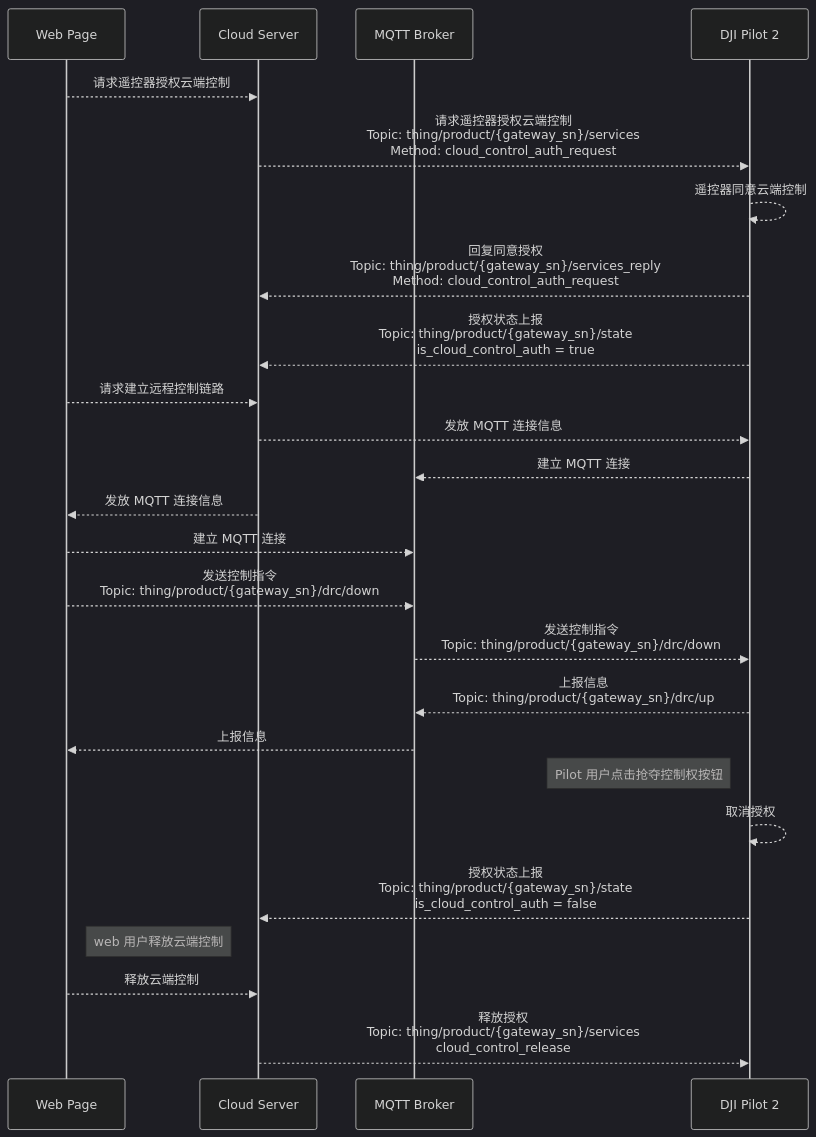
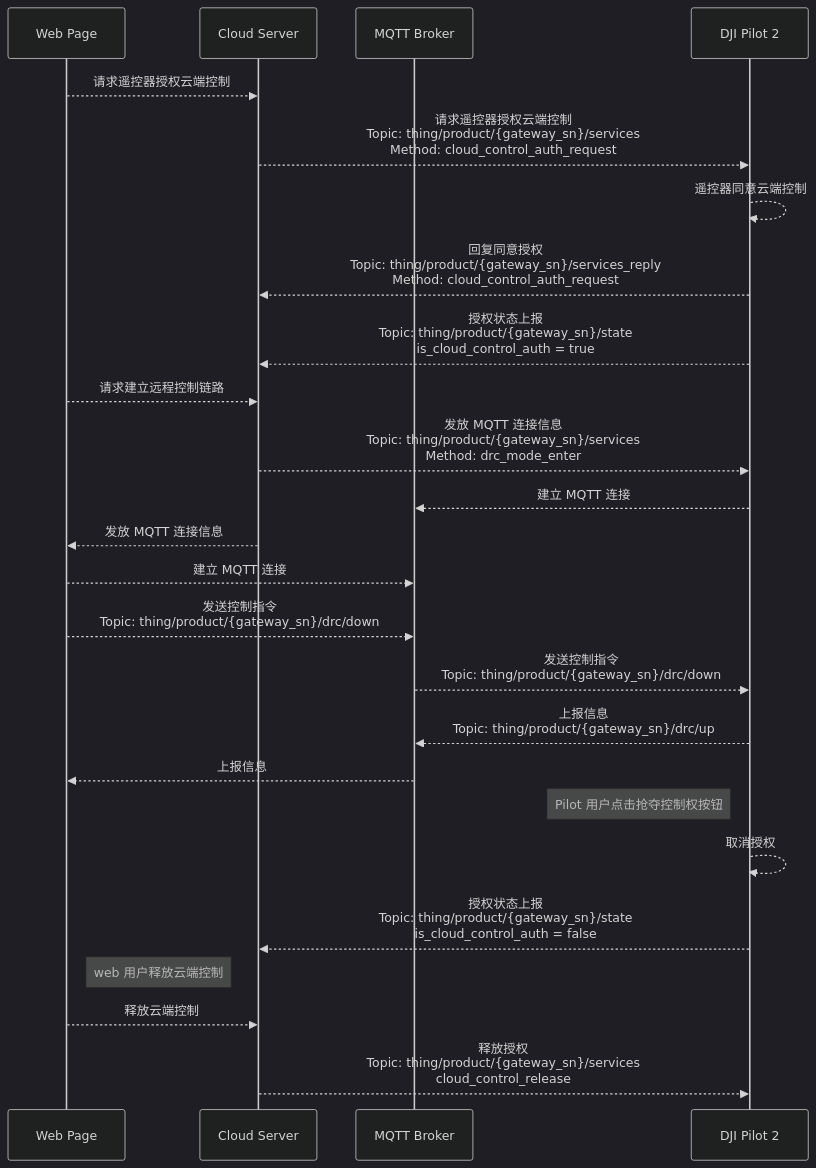
The diagram in docs/cn/30.feature-set/10.pilot-feature-set/90.drc.md (dji-sdk/Cloud-API-Doc), drawn with Mermaid (dark theme) before and after one commit. The commit also changed 78 other files, not shown here.

````diff
--- a/docs/cn/30.feature-set/10.pilot-feature-set/90.drc.md
+++ b/docs/cn/30.feature-set/10.pilot-feature-set/90.drc.md
@@ -22,38 +22,38 @@
 ```mermaid
 sequenceDiagram
 
 participant web as Web Page
 participant cloud as Cloud Server
 participant mqtt as MQTT Broker
 participant pilot as DJI Pilot 2
 
 web -->> cloud: 请求遥控器授权云端控制
-cloud -->> pilot: 请求遥控器授权云端控制 <br/>Topic: thing/product/{gateway_sn}/services <br/>Method: cloud_control_auth_request
+cloud -->> pilot: 请求遥控器授权云端控制 <br/>Topic: thing/product/{gateway_sn}/services <br>Method: cloud_control_auth_request
 pilot -->> pilot: 遥控器同意云端控制
 pilot -->> cloud: 回复同意授权 <br/>Topic: thing/product/{gateway_sn}/services_reply <br/>Method: cloud_control_auth_request
 pilot -->> cloud: 授权状态上报 <br/>Topic: thing/product/{gateway_sn}/state <br/>is_cloud_control_auth = true
 
 web -->> cloud: 请求建立远程控制链路
-cloud -->> pilot: 发放 MQTT 连接信息
+cloud -->> pilot: 发放 MQTT 连接信息 <br/>Topic: thing/product/{gateway_sn}/services <br/>Method: drc_mode_enter
 pilot -->> mqtt: 建立 MQTT 连接
 cloud -->> web: 发放 MQTT 连接信息
 web -->> mqtt: 建立 MQTT 连接
 
 web -->> mqtt: 发送控制指令 <br/>Topic: thing/product/{gateway_sn}/drc/down
 mqtt -->> pilot: 发送控制指令 <br/>Topic: thing/product/{gateway_sn}/drc/down
 
 pilot -->> mqtt: 上报信息 <br/>Topic: thing/product/{gateway_sn}/drc/up
 mqtt -->> web: 上报信息
 
 
     note left of pilot: Pilot 用户点击抢夺控制权按钮
 
 pilot -->> pilot: 取消授权
 pilot -->> cloud: 授权状态上报 <br/>Topic: thing/product/{gateway_sn}/state <br/>is_cloud_control_auth = false
 
 
     note right of web: web 用户释放云端控制
 
 web -->> cloud: 释放云端控制
 cloud -->> pilot: 释放授权 <br/>Topic: thing/product/{gateway_sn}/services <br/>cloud_control_release
 ```
````
